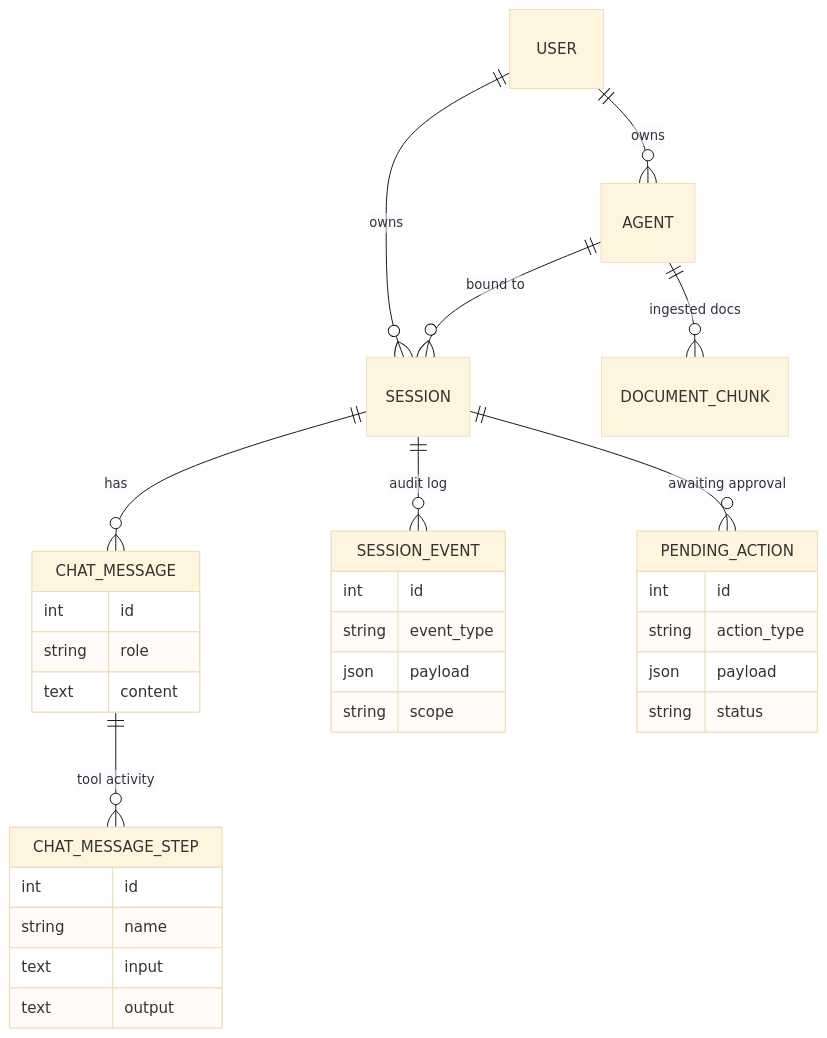
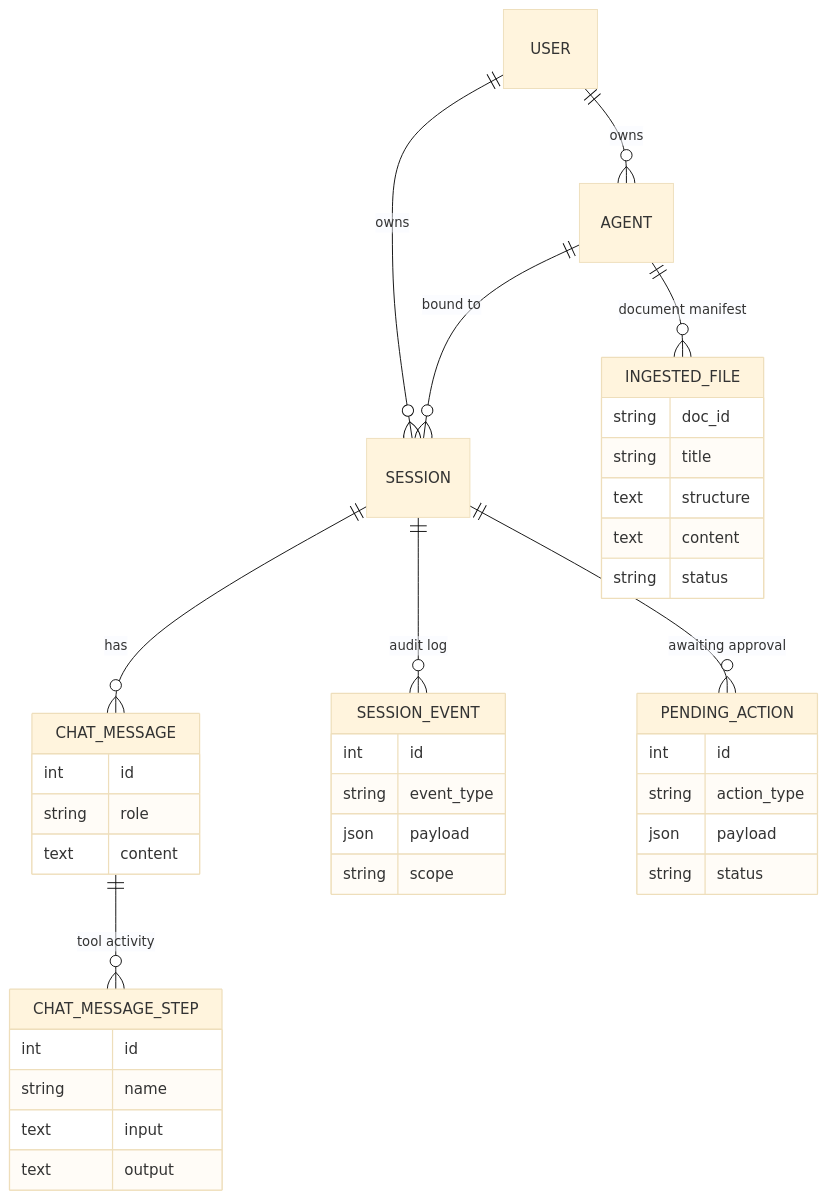
The third of 3 diagrams in README.md (caio-moliveira/agent-harness-prod), drawn with Mermaid (base theme) before and after one commit. The commit also changed other lines of this file and 1 other file, not shown here.

````diff
--- a/README.md
+++ b/README.md
@@ -164,35 +174,42 @@
 ```mermaid
 erDiagram
   USER ||--o{ AGENT : owns
   USER ||--o{ SESSION : owns
   AGENT ||--o{ SESSION : "bound to"
   SESSION ||--o{ CHAT_MESSAGE : has
   CHAT_MESSAGE ||--o{ CHAT_MESSAGE_STEP : "tool activity"
   SESSION ||--o{ SESSION_EVENT : "audit log"
   SESSION ||--o{ PENDING_ACTION : "awaiting approval"
-  AGENT ||--o{ DOCUMENT_CHUNK : "ingested docs"
+  AGENT ||--o{ INGESTED_FILE : "document manifest"
 
   CHAT_MESSAGE {
     int id
     string role
     text content
   }
   CHAT_MESSAGE_STEP {
     int id
     string name
     text input
     text output
   }
   PENDING_ACTION {
     int id
     string action_type
     json payload
     string status
   }
   SESSION_EVENT {
     int id
     string event_type
     json payload
     string scope
   }
+  INGESTED_FILE {
+    string doc_id
+    string title
+    text structure
+    text content
+    string status
+  }
 ```
````
